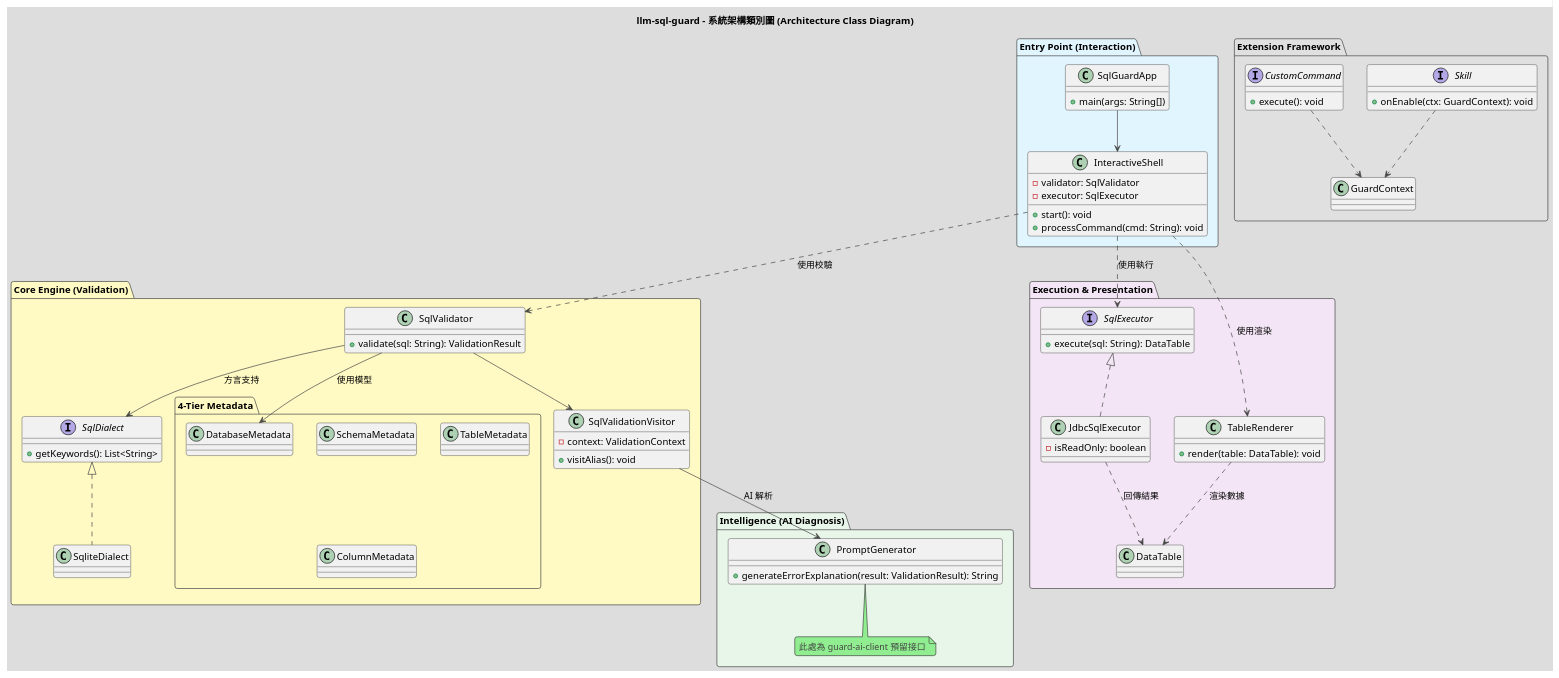
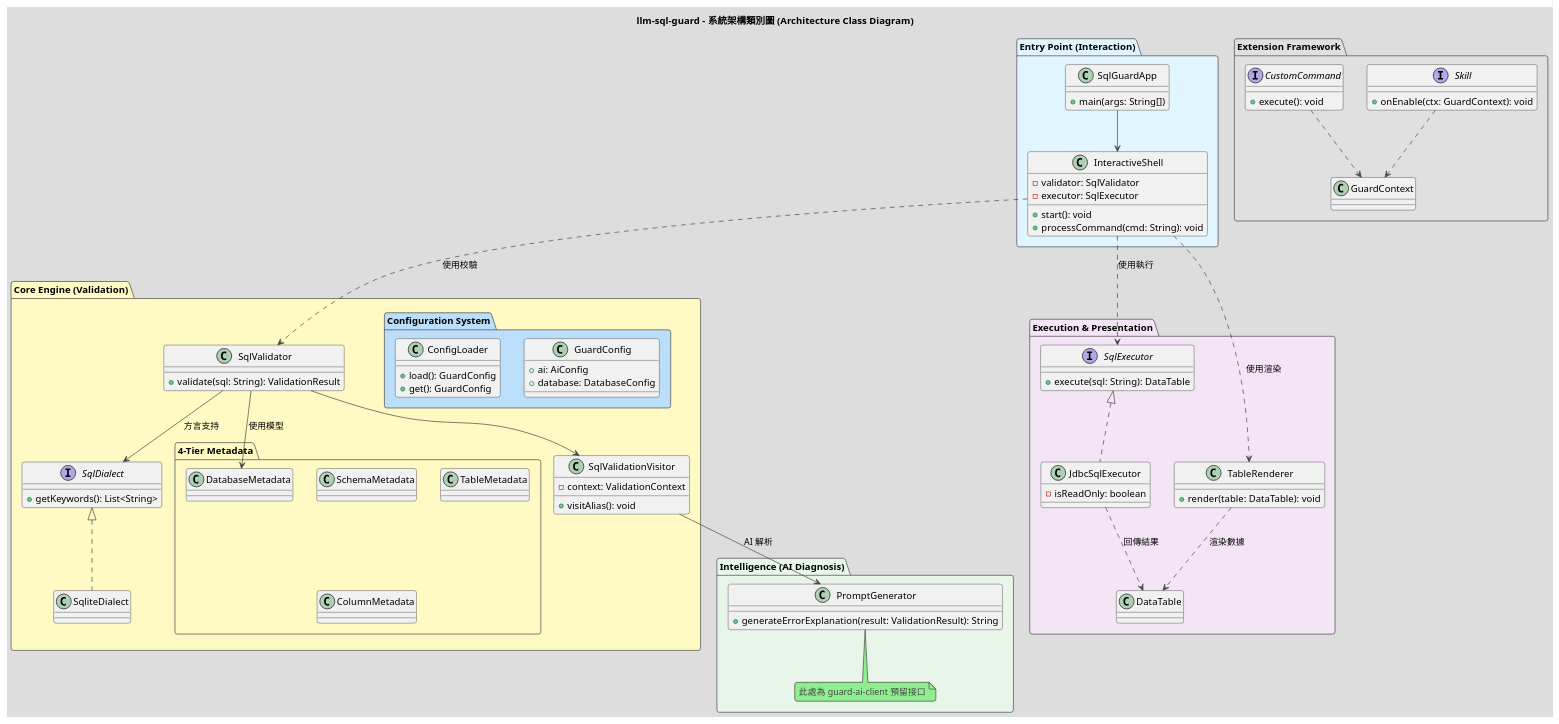
One commit to yefangwong/llm-sql-guard changed the diagram in docs/architecture.puml. Above: the diagram before and after it, drawn with PlantUML. The commit also changed 14 other files, not shown here.

Commit message:
feat: initialize guard-ai-client and implement dynamic configuration

```diff
--- a/docs/architecture.puml
+++ b/docs/architecture.puml
@@ -1,92 +1,103 @@
 @startuml
 !theme toy
 skinparam componentStyle uml2
 
 title llm-sql-guard - 系統架構類別圖 (Architecture Class Diagram)
 
 ' --- Layers Definition ---
 
 package "Entry Point (Interaction)" #E1F5FE {
     class SqlGuardApp {
         +main(args: String[])
     }
     class InteractiveShell {
         -validator: SqlValidator
         -executor: SqlExecutor
         +start(): void
         +processCommand(cmd: String): void
     }
 }
 
 package "Core Engine (Validation)" #FFF9C4 {
     class SqlValidator {
         +validate(sql: String): ValidationResult
     }
     class SqlValidationVisitor {
         -context: ValidationContext
         +visitAlias(): void
     }
     
     package "4-Tier Metadata" {
         class DatabaseMetadata
         class SchemaMetadata
         class TableMetadata
         class ColumnMetadata
+    }
+
+    package "Configuration System" #BBDEFB {
+        class GuardConfig {
+            +ai: AiConfig
+            +database: DatabaseConfig
+        }
+        class ConfigLoader {
+            +load(): GuardConfig
+            +get(): GuardConfig
+        }
     }
     
     interface SqlDialect {
         +getKeywords(): List<String>
     }
     class SqliteDialect implements SqlDialect
 }
 
 package "Intelligence (AI Diagnosis)" #E8F5E9 {
     class PromptGenerator {
         +generateErrorExplanation(result: ValidationResult): String
     }
     note bottom: 此處為 guard-ai-client 預留接口
 }
 
 package "Execution & Presentation" #F3E5F5 {
     interface SqlExecutor {
         +execute(sql: String): DataTable
     }
     class JdbcSqlExecutor implements SqlExecutor {
         -isReadOnly: boolean
     }
     class TableRenderer {
         +render(table: DataTable): void
     }
     class DataTable
 }
 
 package "Extension Framework" #E0E0E0 {
     interface Skill {
         +onEnable(ctx: GuardContext): void
     }
     interface CustomCommand {
         +execute(): void
     }
     class GuardContext
 }
 
 ' --- Relationships ---
 
 SqlGuardApp --> InteractiveShell
 InteractiveShell ..> SqlValidator : 使用校驗
 InteractiveShell ..> SqlExecutor : 使用執行
 InteractiveShell ..> TableRenderer : 使用渲染
 
 SqlValidator --> SqlValidationVisitor
 SqlValidator --> DatabaseMetadata : 使用模型
 SqlValidator --> SqlDialect : 方言支持
 
 SqlValidationVisitor --> PromptGenerator : AI 解析
 
 JdbcSqlExecutor ..> DataTable : 回傳結果
 TableRenderer ..> DataTable : 渲染數據
 
 Skill ..> GuardContext
 CustomCommand ..> GuardContext
 
 @enduml
```
